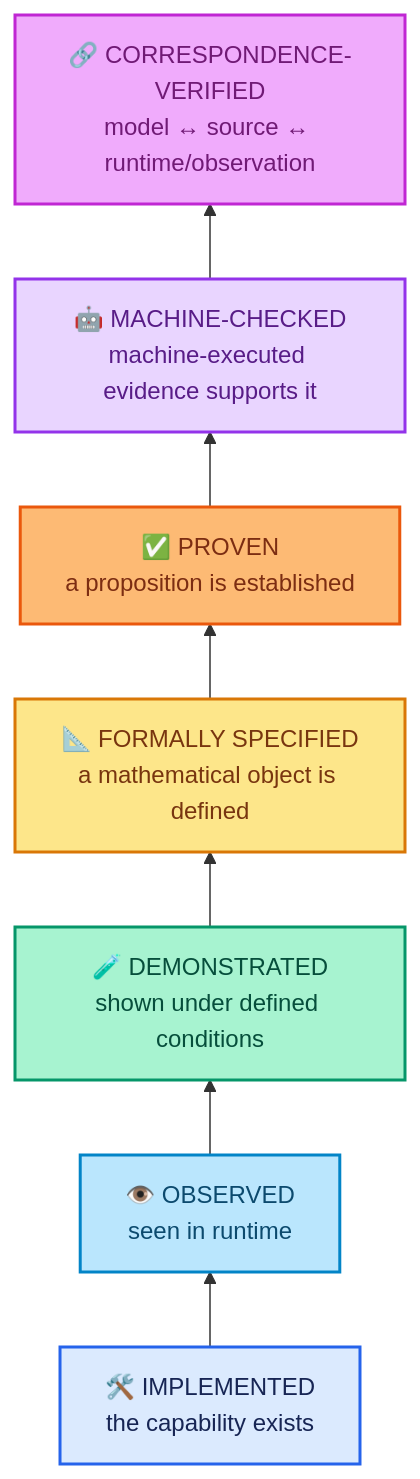
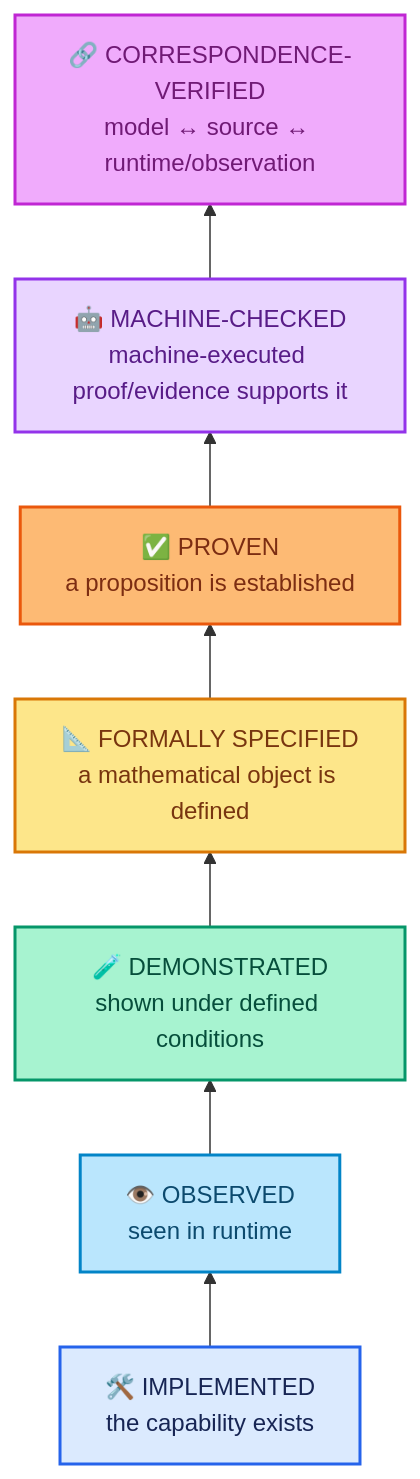
The second of 4 diagrams in README.md (kiddstechnical/ALLIS-Artificial-Learning-and-Location-Intelligence-System), drawn with Mermaid before and after one commit. The commit also changed other lines of this file, not shown here.

````diff
--- a/README.md
+++ b/README.md
@@ -159,20 +165,20 @@
 ```mermaid
 flowchart BT
     A["🛠️ IMPLEMENTED<br/>the capability exists"]:::l1
     B["👁️ OBSERVED<br/>seen in runtime"]:::l2
     C["🧪 DEMONSTRATED<br/>shown under defined conditions"]:::l3
     D["📐 FORMALLY SPECIFIED<br/>a mathematical object is defined"]:::l4
     E["✅ PROVEN<br/>a proposition is established"]:::l5
-    F["🤖 MACHINE-CHECKED<br/>machine-executed evidence supports it"]:::l6
+    F["🤖 MACHINE-CHECKED<br/>machine-executed proof/evidence supports it"]:::l6
     G["🔗 CORRESPONDENCE-VERIFIED<br/>model ↔ source ↔ runtime/observation"]:::l7
 
     A --> B --> C --> D --> E --> F --> G
 
     classDef l1 fill:#dbeafe,stroke:#2563eb,color:#172554,stroke-width:2px;
     classDef l2 fill:#bae6fd,stroke:#0284c7,color:#0c4a6e,stroke-width:2px;
     classDef l3 fill:#a7f3d0,stroke:#059669,color:#064e3b,stroke-width:2px;
     classDef l4 fill:#fde68a,stroke:#d97706,color:#78350f,stroke-width:2px;
     classDef l5 fill:#fdba74,stroke:#ea580c,color:#7c2d12,stroke-width:2px;
     classDef l6 fill:#e9d5ff,stroke:#9333ea,color:#581c87,stroke-width:2px;
     classDef l7 fill:#f0abfc,stroke:#c026d3,color:#701a75,stroke-width:2px;
 ```
````
